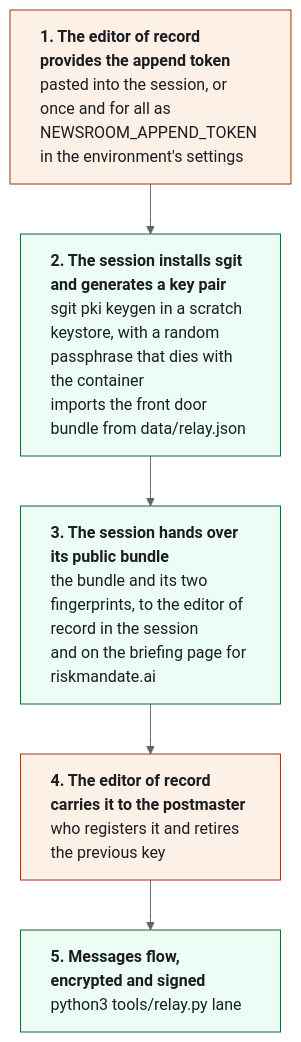
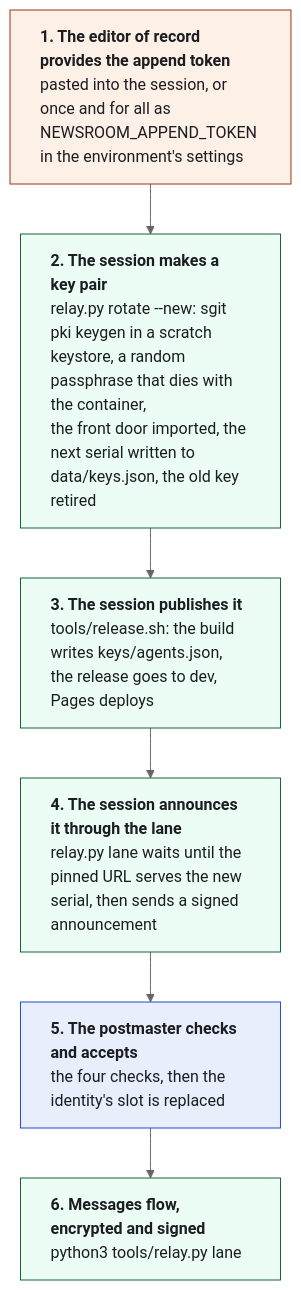
The second of 2 diagrams in site/brief/09-the-append-lane.md (SGit-AI/SGit-AI__Website__Newsroom__SGit), drawn with Mermaid (neutral theme) before and after one commit. The commit also changed other lines of this file and 2871 other files, not shown here.

First line of the commit message:
site v0.1.22: the key registry: a pinned URL instead of a hand-off

````diff
--- a/site/brief/09-the-append-lane.md
+++ b/site/brief/09-the-append-lane.md
@@ -95,13 +125,16 @@
 ```mermaid
 flowchart TB
   A["<b>1. The editor of record provides the append token</b><br/>pasted into the session, or once and for all as NEWSROOM_APPEND_TOKEN in the environment's settings"]
-  B["<b>2. The session installs sgit and generates a key pair</b><br/>sgit pki keygen in a scratch keystore, with a random passphrase that dies with the container<br/>imports the front door bundle from data/relay.json"]
-  C["<b>3. The session hands over its public bundle</b><br/>the bundle and its two fingerprints, to the editor of record in the session<br/>and on the briefing page for riskmandate.ai"]
-  D["<b>4. The editor of record carries it to the postmaster</b><br/>who registers it and retires the previous key"]
-  E["<b>5. Messages flow, encrypted and signed</b><br/>python3 tools/relay.py lane"]
-  A --> B --> C --> D --> E
+  B["<b>2. The session makes a key pair</b><br/>relay.py rotate --new: sgit pki keygen in a scratch keystore, a random passphrase that dies with the container,<br/>the front door imported, the next serial written to data/keys.json, the old key retired"]
+  C["<b>3. The session publishes it</b><br/>tools/release.sh: the build writes keys/agents.json, the release goes to dev, Pages deploys"]
+  D["<b>4. The session announces it through the lane</b><br/>relay.py lane waits until the pinned URL serves the new serial, then sends a signed announcement"]
+  E["<b>5. The postmaster checks and accepts</b><br/>the four checks, then the identity's slot is replaced"]
+  F["<b>6. Messages flow, encrypted and signed</b><br/>python3 tools/relay.py lane"]
+  A --> B --> C --> D --> E --> F
   classDef human fill:#fdf0e6,stroke:#9a3412,color:#1c1d21,text-align:left
   classDef session fill:#ecfdf5,stroke:#166534,color:#1c1d21,text-align:left
-  class A,D human
-  class B,C,E session
+  classDef peer fill:#e8eefc,stroke:#1f4fd1,color:#1c1d21,text-align:left
+  class A human
+  class B,C,D,F session
+  class E peer
 ```
````
